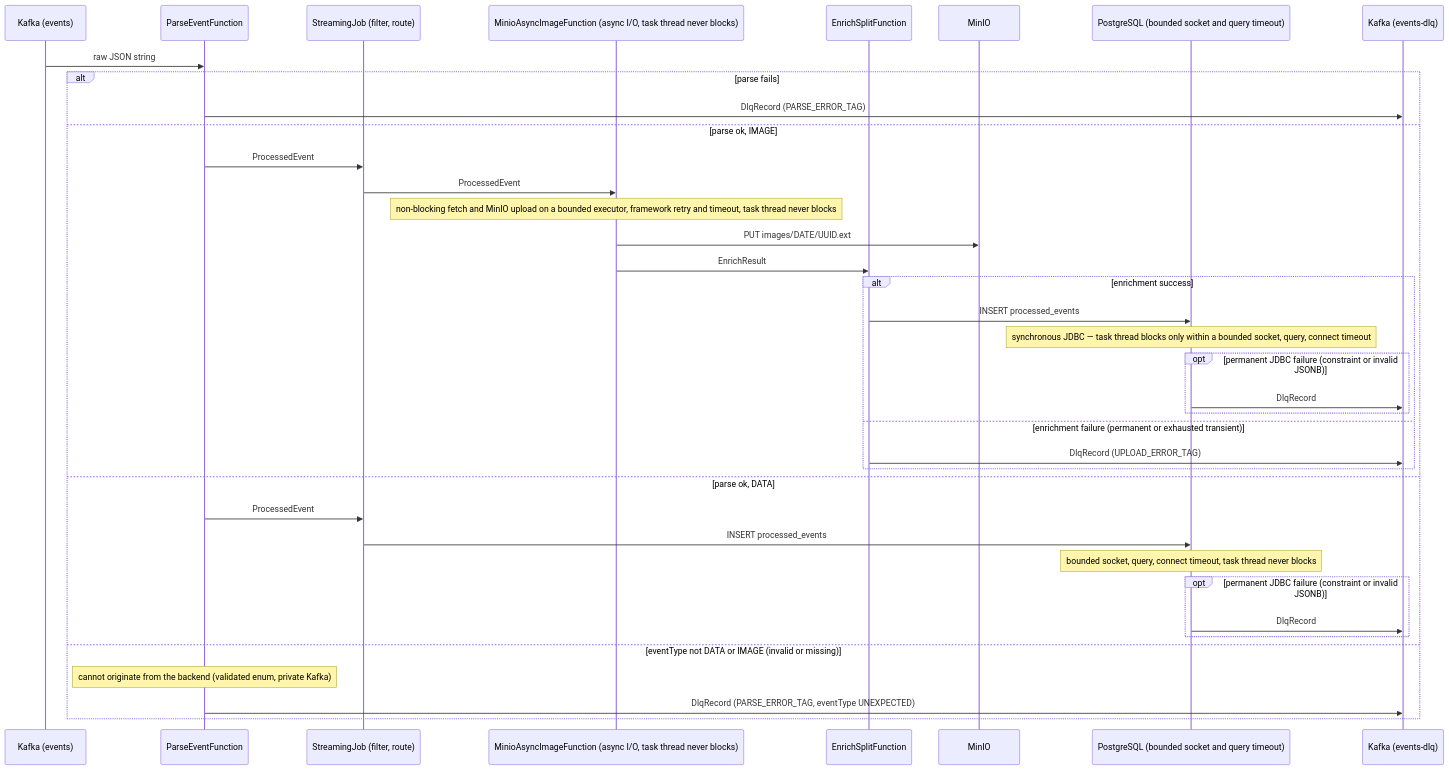
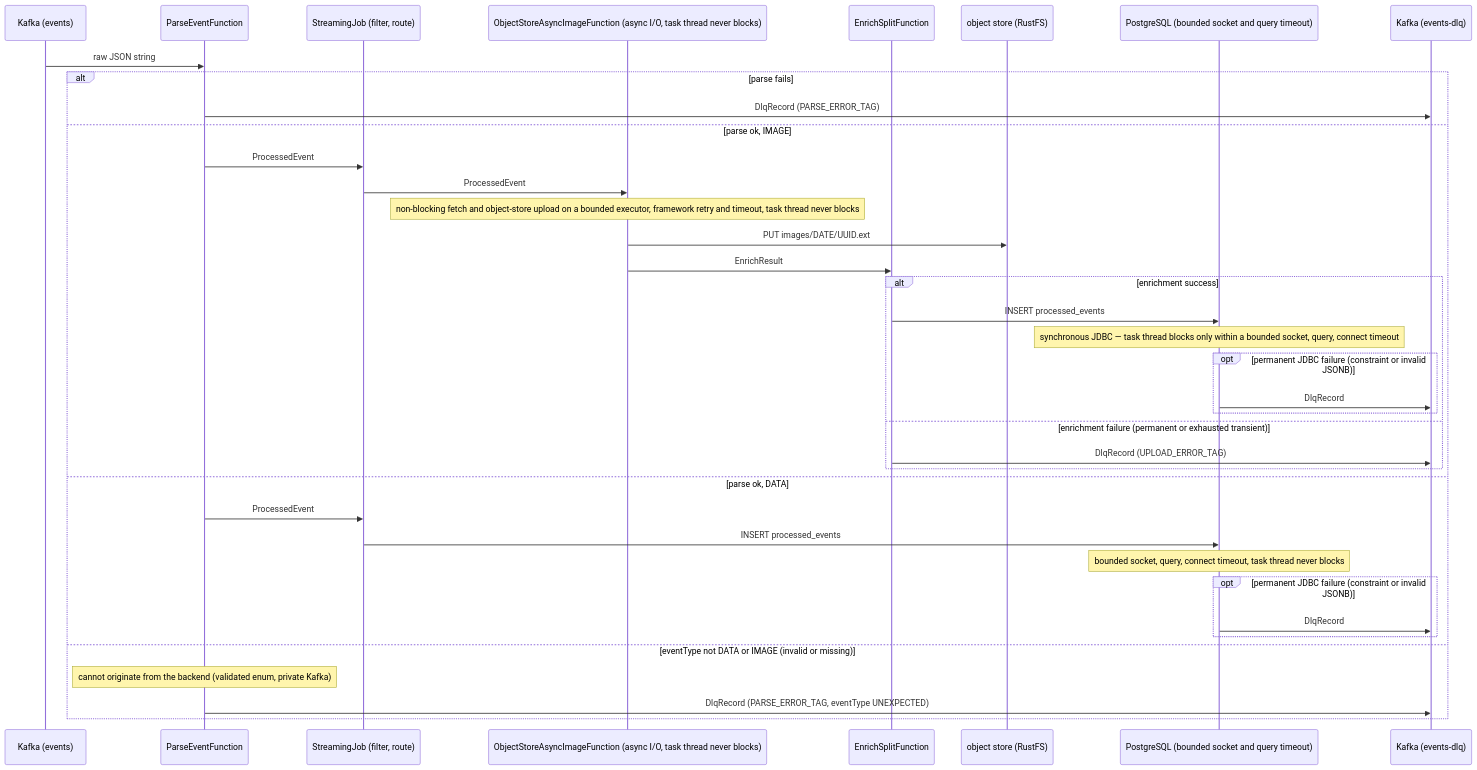
The diagram in docs/eventtype/pipeline-flow.md (erancha/springboot-kafka-flink-postgres-minio-pipeline), drawn with Mermaid before and after one commit. The commit also changed other lines of this file and 28 other files, not shown here.

````diff
--- a/docs/eventtype/pipeline-flow.md
+++ b/docs/eventtype/pipeline-flow.md
@@ -22,41 +22,41 @@
 ```mermaid
 sequenceDiagram
     participant K as Kafka (events)
     participant PEF as ParseEventFunction
     participant SJ as StreamingJob (filter, route)
-    participant ASYNC as MinioAsyncImageFunction (async I/O, task thread never blocks)
+    participant ASYNC as ObjectStoreAsyncImageFunction (async I/O, task thread never blocks)
     participant SPLIT as EnrichSplitFunction
-    participant MINIO as MinIO
+    participant STORE as object store (RustFS)
     participant PG as PostgreSQL (bounded socket and query timeout)
     participant KDLQ as Kafka (events-dlq)
 
     K->>PEF: raw JSON string
     alt parse fails
         PEF->>KDLQ: DlqRecord (PARSE_ERROR_TAG)
     else parse ok, IMAGE
         PEF->>SJ: ProcessedEvent
         SJ->>ASYNC: ProcessedEvent
-        Note over ASYNC: non-blocking fetch and MinIO upload on a bounded executor, framework retry and timeout, task thread never blocks
-        ASYNC->>MINIO: PUT images/DATE/UUID.ext
+        Note over ASYNC: non-blocking fetch and object-store upload on a bounded executor, framework retry and timeout, task thread never blocks
+        ASYNC->>STORE: PUT images/DATE/UUID.ext
         ASYNC->>SPLIT: EnrichResult
         alt enrichment success
             SPLIT->>PG: INSERT processed_events
             Note over PG: synchronous JDBC — task thread blocks only within a bounded socket, query, connect timeout
             opt permanent JDBC failure (constraint or invalid JSONB)
                 PG->>KDLQ: DlqRecord
             end
         else enrichment failure (permanent or exhausted transient)
             SPLIT->>KDLQ: DlqRecord (UPLOAD_ERROR_TAG)
         end
     else parse ok, DATA
         PEF->>SJ: ProcessedEvent
         SJ->>PG: INSERT processed_events
         Note over PG: bounded socket, query, connect timeout, task thread never blocks
         opt permanent JDBC failure (constraint or invalid JSONB)
             PG->>KDLQ: DlqRecord
         end
     else eventType not DATA or IMAGE (invalid or missing)
         Note over PEF: cannot originate from the backend (validated enum, private Kafka)
         PEF->>KDLQ: DlqRecord (PARSE_ERROR_TAG, eventType UNEXPECTED)
     end
 ```
````
